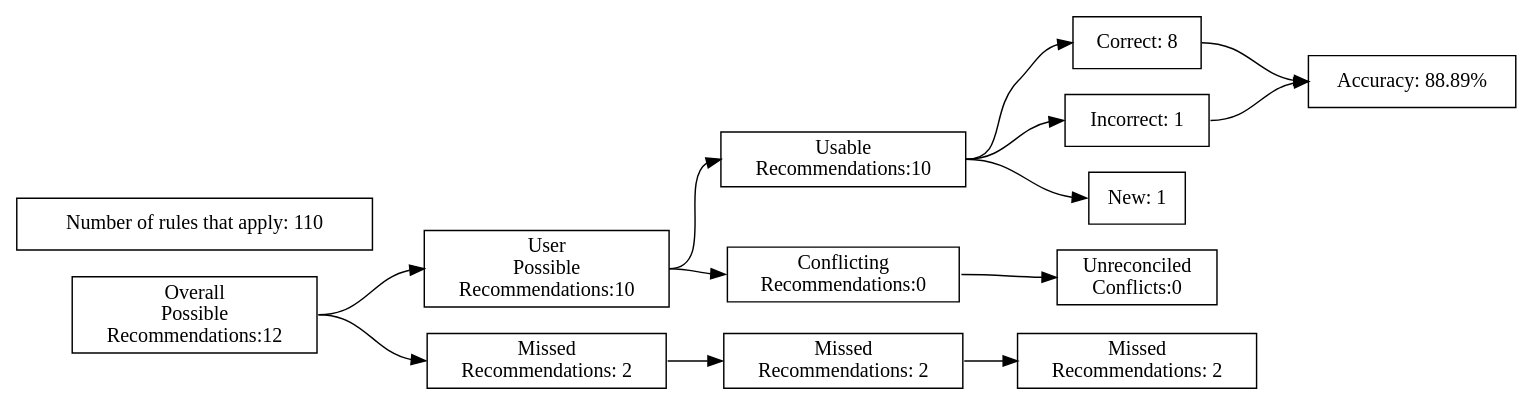
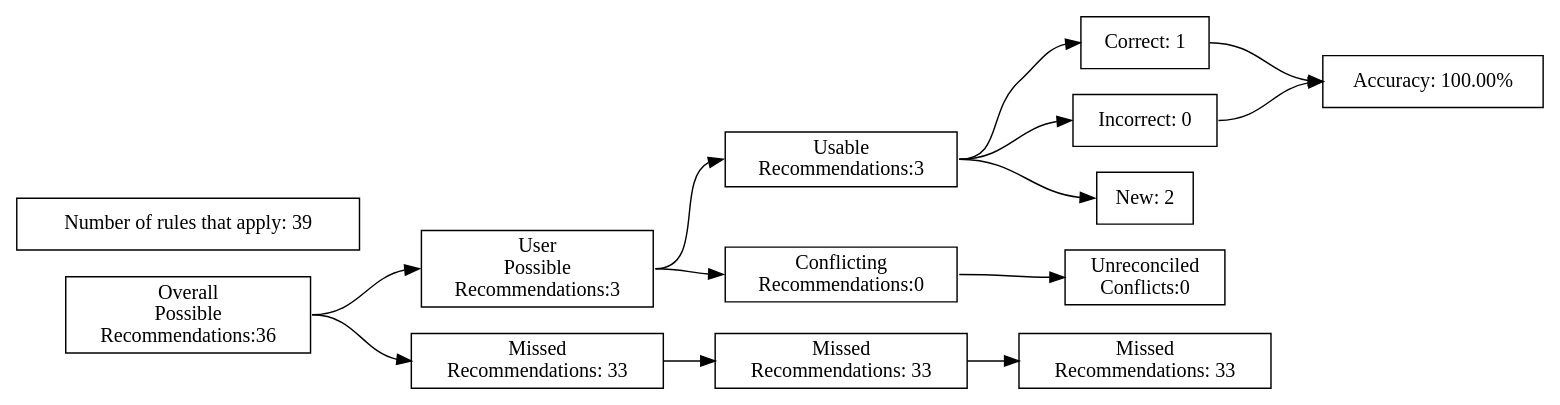
The diagram in test_renders/14.gv (ZaxR/ibd_diet_analysis), drawn with Graphviz before and after one commit. The commit also changed 229 other files, not shown here.

```diff
--- a/test_renders/14.gv
+++ b/test_renders/14.gv
@@ -1,40 +1,40 @@
 digraph {
 	graph [rankdir=LR]
 	node [pos=r shape=box]
 	edge [headport=w tailport=e]
 		A [label="Overall
 Possible
-Recommendations:12"]
+Recommendations:36"]
 		B [label="User
 Possible
-Recommendations:10"]
+Recommendations:3"]
 		C [label="Missed
-Recommendations: 2"]
+Recommendations: 33"]
 		D [label="Usable
-Recommendations:10"]
+Recommendations:3"]
 		E [label="Conflicting
 Recommendations:0"]
 		J [label="Missed
-Recommendations: 2"]
+Recommendations: 33"]
 		M [label="Unreconciled
 Conflicts:0"]
-		F [label="Correct: 8"]
-		G [label="Incorrect: 1"]
-		H [label="New: 1"]
+		F [label="Correct: 1"]
+		G [label="Incorrect: 0"]
+		H [label="New: 2"]
 		K [label="Missed
-Recommendations: 2"]
-		I [label="Accuracy: 88.89%"]
-		l [label="Number of rules that apply: 110"]
+Recommendations: 33"]
+		I [label="Accuracy: 100.00%"]
+		l [label="Number of rules that apply: 39"]
 			A -> B
 			A -> C
 			B -> D
 			B -> E
 			D -> F
 			D -> G
 			D -> H
 			F -> I
 			G -> I
 			C -> J
 			J -> K
 			E -> M
 }
```
